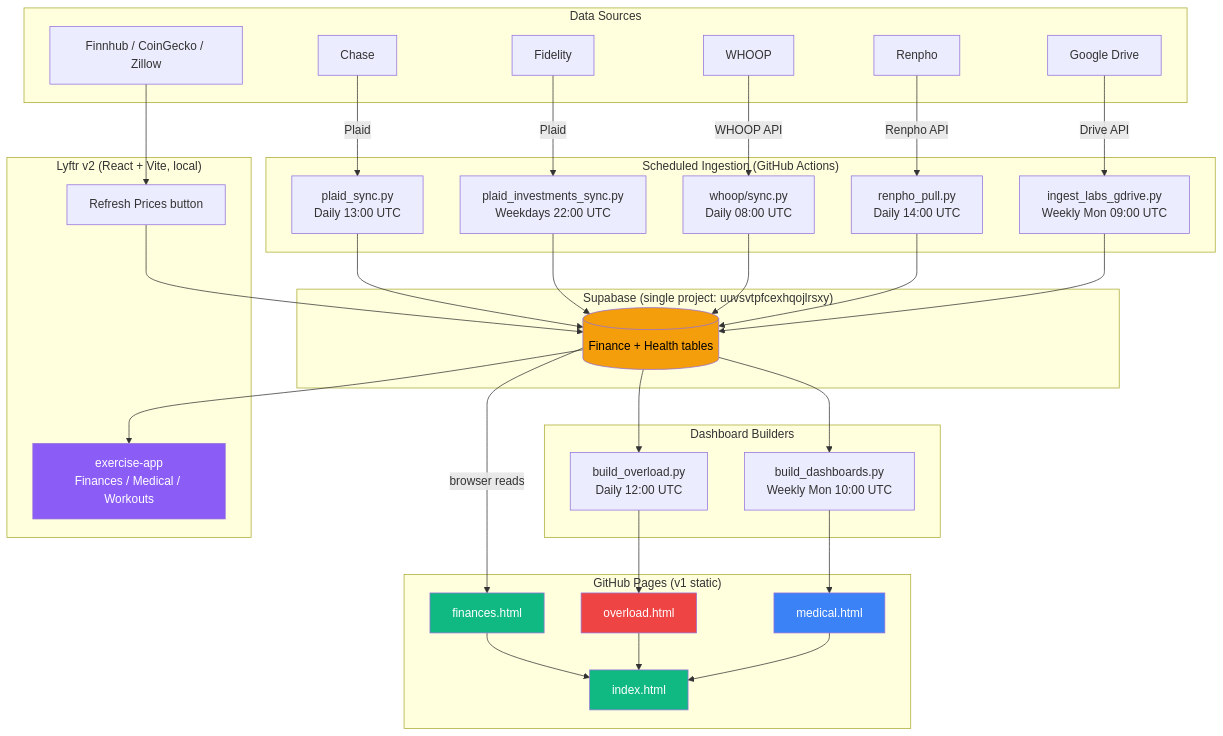
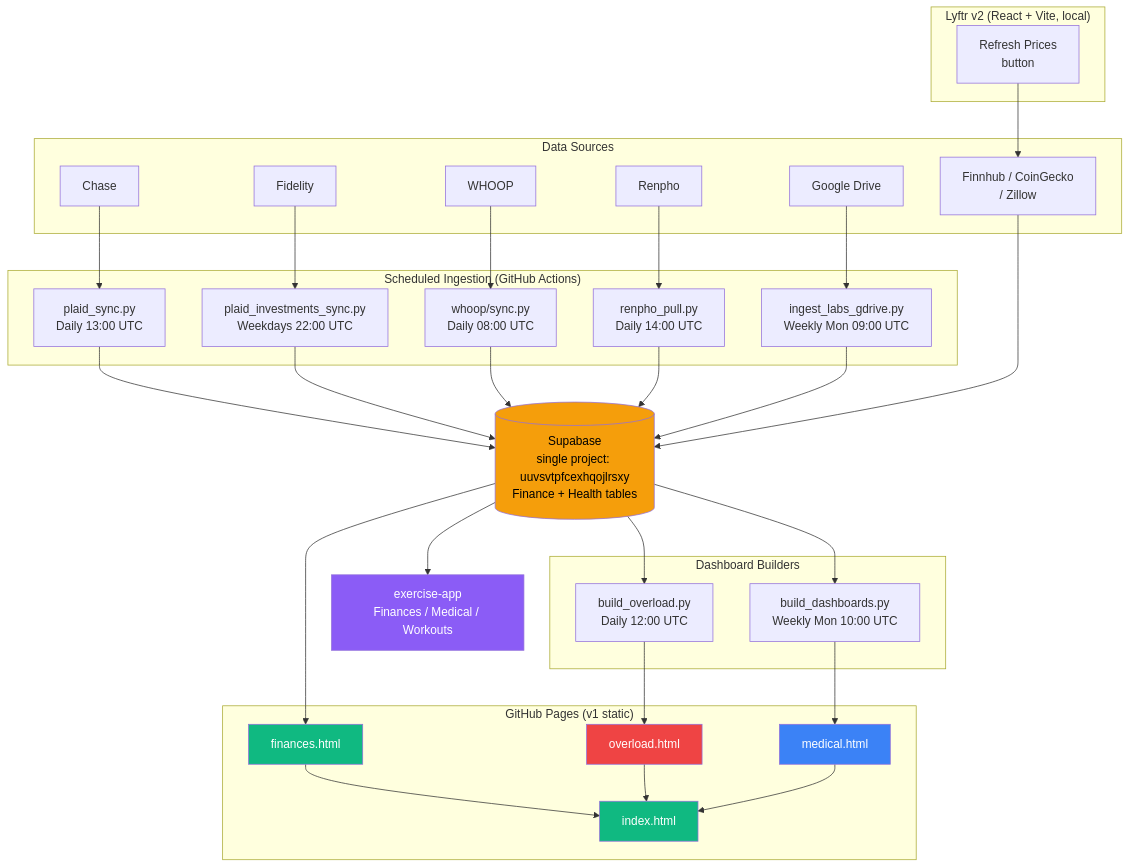
The diagram in README.md (fernandomartinez-de/personal), drawn with Mermaid before and after one commit.

Commit message:
docs: simplify main architecture diagram for clarity

````diff
--- a/README.md
+++ b/README.md
@@ -254,74 +254,73 @@
 ```mermaid
 graph TB
-    subgraph Sources["Data Sources"]
+    subgraph DS["Data Sources"]
+        PRICES[Finnhub / CoinGecko<br/>/ Zillow]
         CHASE[Chase]
         FIDELITY[Fidelity]
         WHOOP[WHOOP]
         RENPHO[Renpho]
-        PRICES[Finnhub / CoinGecko / Zillow]
         GDRIVE[Google Drive]
     end
 
-    subgraph Ingest["Scheduled Ingestion (GitHub Actions)"]
+    subgraph LYFTR["Lyftr v2 (React + Vite, local)"]
+        REFRESH[Refresh Prices<br/>button]
+    end
+
+    subgraph GHA["Scheduled Ingestion (GitHub Actions)"]
         PLAID_CHASE[plaid_sync.py<br/>Daily 13:00 UTC]
         PLAID_INV[plaid_investments_sync.py<br/>Weekdays 22:00 UTC]
         WHOOP_SYNC[whoop/sync.py<br/>Daily 08:00 UTC]
         BODY_SYNC[renpho_pull.py<br/>Daily 14:00 UTC]
         LABS_INGEST[ingest_labs_gdrive.py<br/>Weekly Mon 09:00 UTC]
     end
 
-    subgraph DB["Supabase (single project: uuvsvtpfcexhqojlrsxy)"]
-        SUPA[(Finance + Health tables)]
-    end
+    SUPA[(Supabase<br/>single project: uuvsvtpfcexhqojlrsxy<br/>Finance + Health tables)]
 
-    subgraph Builders["Dashboard Builders"]
+    subgraph BUILD["Dashboard Builders"]
         BUILD_FITNESS[build_overload.py<br/>Daily 12:00 UTC]
         BUILD_MEDICAL[build_dashboards.py<br/>Weekly Mon 10:00 UTC]
     end
 
-    subgraph Pages["GitHub Pages (v1 static)"]
-        LANDING[index.html]
+    subgraph GHP["GitHub Pages (v1 static)"]
         DASH_FINANCE[finances.html]
         DASH_FITNESS[overload.html]
         DASH_MEDICAL[medical.html]
+        LANDING[index.html]
     end
 
-    subgraph V2["Lyftr v2 (React + Vite, local)"]
-        LYFTR[exercise-app<br/>Finances / Medical / Workouts]
-        REFRESH[Refresh Prices button]
-    end
+    LYFTR_APP[exercise-app<br/>Finances / Medical / Workouts]
 
-    CHASE -->|Plaid| PLAID_CHASE
-    FIDELITY -->|Plaid| PLAID_INV
-    WHOOP -->|WHOOP API| WHOOP_SYNC
-    RENPHO -->|Renpho API| BODY_SYNC
-    GDRIVE -->|Drive API| LABS_INGEST
+    CHASE --> PLAID_CHASE
+    FIDELITY --> PLAID_INV
+    WHOOP --> WHOOP_SYNC
+    RENPHO --> BODY_SYNC
+    GDRIVE --> LABS_INGEST
 
     PLAID_CHASE --> SUPA
     PLAID_INV --> SUPA
     WHOOP_SYNC --> SUPA
     BODY_SYNC --> SUPA
     LABS_INGEST --> SUPA
 
+    SUPA --> LYFTR_APP
+    SUPA --> DASH_FINANCE
     SUPA --> BUILD_FITNESS
     SUPA --> BUILD_MEDICAL
 
     BUILD_FITNESS --> DASH_FITNESS
     BUILD_MEDICAL --> DASH_MEDICAL
-    SUPA -->|browser reads| DASH_FINANCE
 
     DASH_FINANCE --> LANDING
     DASH_FITNESS --> LANDING
     DASH_MEDICAL --> LANDING
 
-    SUPA --> LYFTR
-    PRICES --> REFRESH
-    REFRESH --> SUPA
+    REFRESH --> PRICES
+    PRICES --> SUPA
 
     style LANDING fill:#10b981,color:#fff
     style DASH_FINANCE fill:#10b981,color:#fff
     style DASH_FITNESS fill:#ef4444,color:#fff
     style DASH_MEDICAL fill:#3b82f6,color:#fff
     style SUPA fill:#f59e0b,color:#000
-    style LYFTR fill:#8b5cf6,color:#fff
+    style LYFTR_APP fill:#8b5cf6,color:#fff
 ```
````
